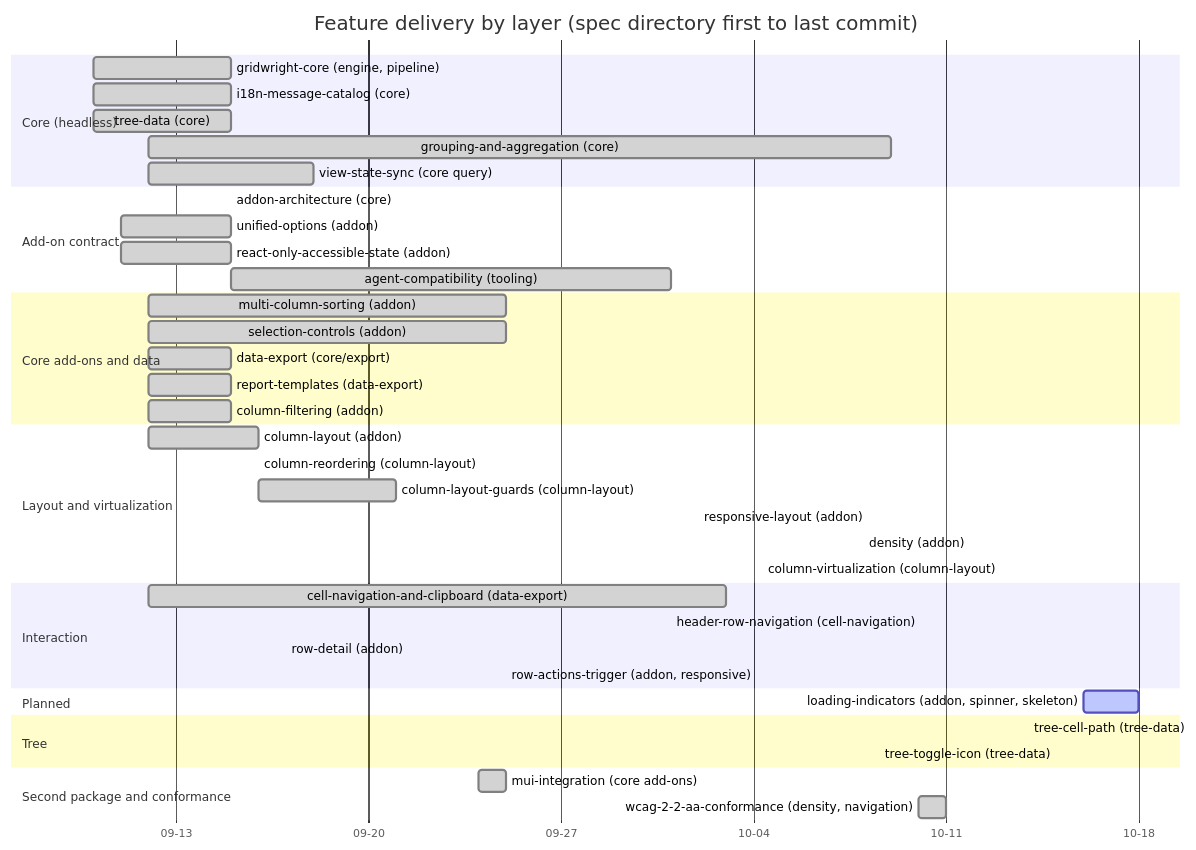
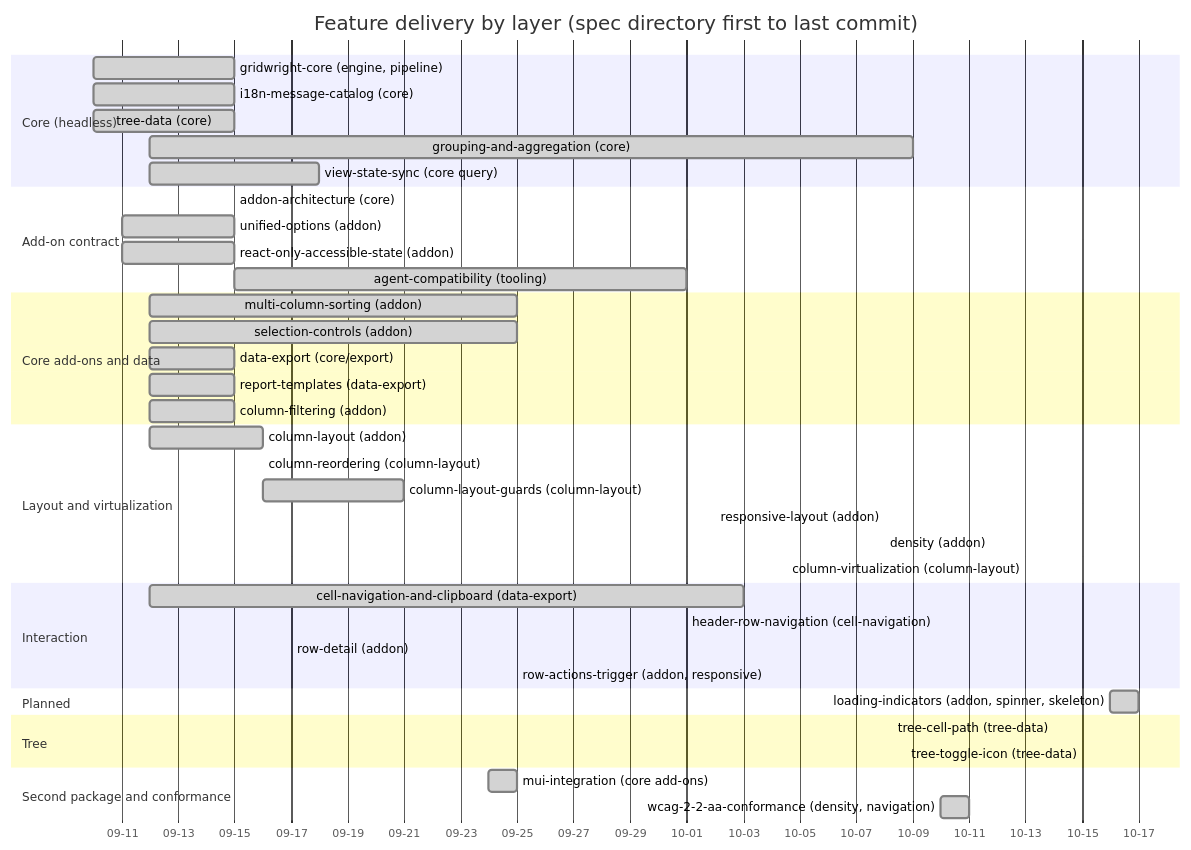
The third of 3 diagrams in specs/DEPENDENCY_MAP.md (yaotzin1/apsw-gridwright), drawn with Mermaid before and after one commit. The commit also changed other lines of this file and 30 other files, not shown here.

First line of the commit message:
feat(loading): add loadingIndicator() and Spinner (#108)

````diff
--- a/specs/DEPENDENCY_MAP.md
+++ b/specs/DEPENDENCY_MAP.md
@@ -198,51 +199,51 @@
 ```mermaid
 gantt
     title Feature delivery by layer (spec directory first to last commit)
     dateFormat YYYY-MM-DD
     axisFormat %m-%d
 
     section Core (headless)
     gridwright-core (engine, pipeline)            :done, core, 2026-09-10, 2026-09-15
     i18n-message-catalog (core)                   :done, i18n, 2026-09-10, 2026-09-15
     tree-data (core)                              :done, tree, 2026-09-10, 2026-09-15
     grouping-and-aggregation (core)               :done, grp, 2026-09-12, 2026-10-09
     view-state-sync (core query)                  :done, vss, 2026-09-12, 2026-09-18
 
     section Add-on contract
     addon-architecture (core)                     :done, addon, 2026-09-15, 2026-09-15
     unified-options (addon)                       :done, uopt, 2026-09-11, 2026-09-15
     react-only-accessible-state (addon)           :done, a11y, 2026-09-11, 2026-09-15
     agent-compatibility (tooling)                 :done, agent, 2026-09-15, 2026-10-01
 
     section Core add-ons and data
     multi-column-sorting (addon)                  :done, sort, 2026-09-12, 2026-09-25
     selection-controls (addon)                    :done, sel, 2026-09-12, 2026-09-25
     data-export (core/export)                     :done, exp, 2026-09-12, 2026-09-15
     report-templates (data-export)                :done, rpt, 2026-09-12, 2026-09-15
     column-filtering (addon)                      :done, filt, 2026-09-12, 2026-09-15
 
     section Layout and virtualization
     column-layout (addon)                         :done, lay, 2026-09-12, 2026-09-16
     column-reordering (column-layout)             :done, reord, 2026-09-16, 2026-09-16
     column-layout-guards (column-layout)          :done, guard, 2026-09-16, 2026-09-21
     responsive-layout (addon)                     :done, resp, 2026-10-02, 2026-10-02
     density (addon)                               :done, dens, 2026-10-08, 2026-10-08
     column-virtualization (column-layout)         :done, cvirt, 2026-10-13, 2026-10-13
 
     section Interaction
     cell-navigation-and-clipboard (data-export)   :done, nav, 2026-09-12, 2026-10-03
     header-row-navigation (cell-navigation)       :done, hnav, 2026-10-01, 2026-10-01
     row-detail (addon)                            :done, detail, 2026-09-17, 2026-09-17
     row-actions-trigger (addon, responsive)       :done, ract, 2026-09-25, 2026-09-25
 
     section Planned
-    loading-indicators (addon, spinner, skeleton)  :active, load, 2026-10-16, 2026-10-18
+    loading-indicators (addon, spinner, skeleton)  :done, load, 2026-10-16, 2026-10-17
 
     section Tree
     tree-cell-path (tree-data)                    :done, tpath, 2026-10-14, 2026-10-14
     tree-toggle-icon (tree-data)                  :done, ticon, 2026-10-15, 2026-10-15
 
     section Second package and conformance
     mui-integration (core add-ons)                :done, mui, 2026-09-24, 2026-09-25
     wcag-2-2-aa-conformance (density, navigation) :done, wcag, 2026-10-10, 2026-10-11
 ```
````
